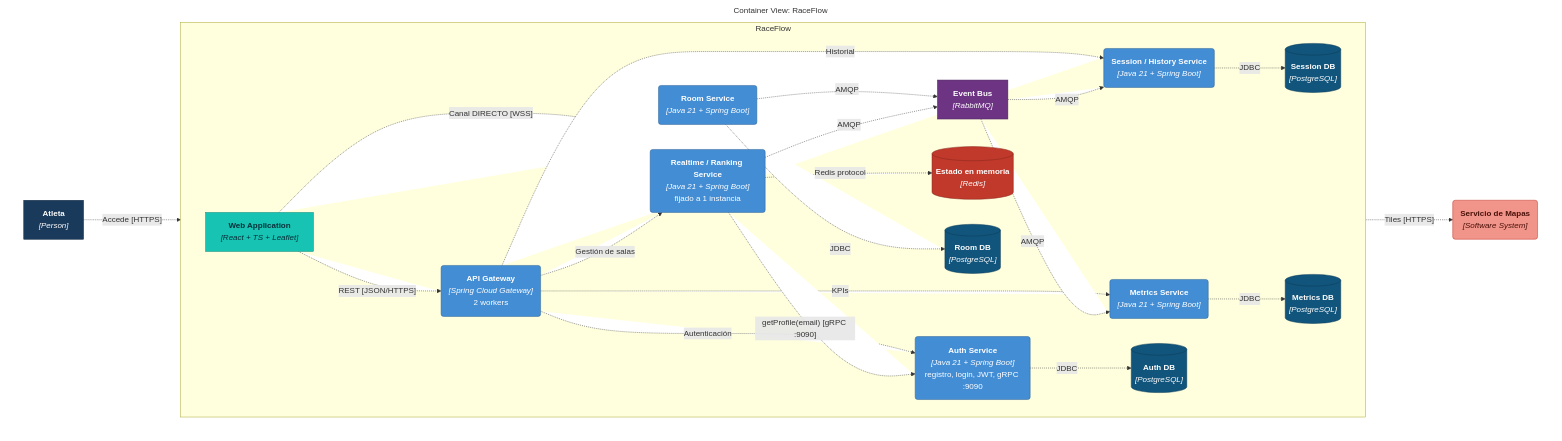
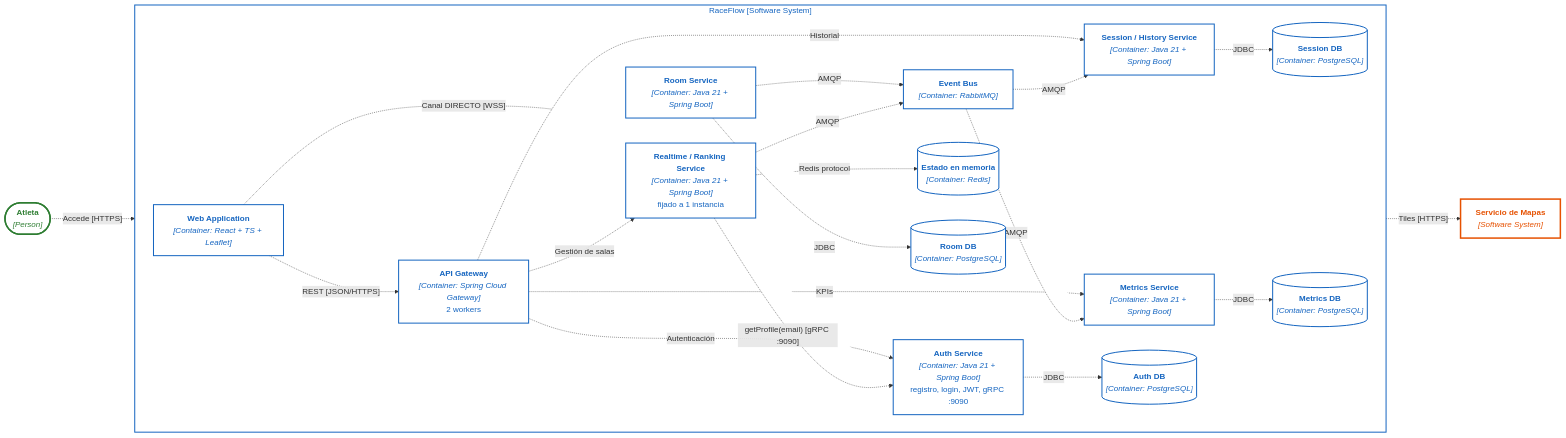
One commit to JuanGuayazanC/Proyecto-ARSW changed the diagram in docs/architecture/export/structurizr-Contenedores.mmd. Above: the diagram before and after it, drawn with Mermaid. The commit also changed 5 other files, not shown here.

First line of the commit message:
docs: restyle C4 diagrams to official notation (outline boxes, boundary box)

```diff
--- a/docs/architecture/export/structurizr-Contenedores.mmd
+++ b/docs/architecture/export/structurizr-Contenedores.mmd
@@ -1,61 +1,59 @@
 graph LR
   linkStyle default fill:#ffffff
 
-  subgraph diagram ["Container View: RaceFlow"]
+  1(["<b>Atleta</b><br/><i>[Person]</i>"])
+  style 1 fill:#ffffff,stroke:#2E7D32,stroke-width:3px,color:#2E7D32
+
+  2["<b>Servicio de Mapas</b><br/><i>[Software System]</i>"]
+  style 2 fill:#ffffff,stroke:#E65100,stroke-width:3px,color:#E65100
+
+  subgraph diagram ["RaceFlow [Software System]"]
     direction LR
-    style diagram fill:#ffffff,stroke:#ffffff
+    style diagram fill:#ffffff,stroke:#1565C0,stroke-width:2px,color:#1565C0
 
-    1["<b>Atleta</b><br/><i>[Person]</i>"]
-    style 1 fill:#1a3a5c,stroke:#122840,color:#ffffff
-    2("<b>Servicio de Mapas</b><br/><i>[Software System]</i>")
-    style 2 fill:#F1948A,stroke:#C0392B,color:#4a1109
+    5["<b>Web Application</b><br/><i>[Container: React + TS + Leaflet]</i>"]
+    style 5 fill:#ffffff,stroke:#1565C0,stroke-width:2px,color:#1565C0
+    6["<b>API Gateway</b><br/><i>[Container: Spring Cloud Gateway]</i><br/>2 workers"]
+    style 6 fill:#ffffff,stroke:#1565C0,stroke-width:2px,color:#1565C0
+    7["<b>Auth Service</b><br/><i>[Container: Java 21 + Spring Boot]</i><br/>registro, login, JWT, gRPC :9090"]
+    style 7 fill:#ffffff,stroke:#1565C0,stroke-width:2px,color:#1565C0
+    8["<b>Room Service</b><br/><i>[Container: Java 21 + Spring Boot]</i>"]
+    style 8 fill:#ffffff,stroke:#1565C0,stroke-width:2px,color:#1565C0
+    9["<b>Realtime / Ranking Service</b><br/><i>[Container: Java 21 + Spring Boot]</i><br/>fijado a 1 instancia"]
+    style 9 fill:#ffffff,stroke:#1565C0,stroke-width:2px,color:#1565C0
+    16["<b>Session / History Service</b><br/><i>[Container: Java 21 + Spring Boot]</i>"]
+    style 16 fill:#ffffff,stroke:#1565C0,stroke-width:2px,color:#1565C0
+    17["<b>Metrics Service</b><br/><i>[Container: Java 21 + Spring Boot]</i>"]
+    style 17 fill:#ffffff,stroke:#1565C0,stroke-width:2px,color:#1565C0
+    18["<b>Event Bus</b><br/><i>[Container: RabbitMQ]</i>"]
+    style 18 fill:#ffffff,stroke:#1565C0,stroke-width:2px,color:#1565C0
+    19[("<b>Estado en memoria</b><br/><i>[Container: Redis]</i>")]
+    style 19 fill:#ffffff,stroke:#1565C0,stroke-width:2px,color:#1565C0
+    20[("<b>Auth DB</b><br/><i>[Container: PostgreSQL]</i>")]
+    style 20 fill:#ffffff,stroke:#1565C0,stroke-width:2px,color:#1565C0
+    21[("<b>Room DB</b><br/><i>[Container: PostgreSQL]</i>")]
+    style 21 fill:#ffffff,stroke:#1565C0,stroke-width:2px,color:#1565C0
+    22[("<b>Session DB</b><br/><i>[Container: PostgreSQL]</i>")]
+    style 22 fill:#ffffff,stroke:#1565C0,stroke-width:2px,color:#1565C0
+    23[("<b>Metrics DB</b><br/><i>[Container: PostgreSQL]</i>")]
+    style 23 fill:#ffffff,stroke:#1565C0,stroke-width:2px,color:#1565C0
+  end
 
-    subgraph 4 ["RaceFlow"]
-      direction LR
-      5["<b>Web Application</b><br/><i>[React + TS + Leaflet]</i>"]
-      style 5 fill:#17c3b2,stroke:#10887c,color:#06303a
-      6("<b>API Gateway</b><br/><i>[Spring Cloud Gateway]</i><br/>2 workers")
-      style 6 fill:#438dd5,stroke:#2e6295,color:#ffffff
-      7("<b>Auth Service</b><br/><i>[Java 21 + Spring Boot]</i><br/>registro, login, JWT, gRPC :9090")
-      style 7 fill:#438dd5,stroke:#2e6295,color:#ffffff
-      8("<b>Room Service</b><br/><i>[Java 21 + Spring Boot]</i>")
-      style 8 fill:#438dd5,stroke:#2e6295,color:#ffffff
-      9("<b>Realtime / Ranking Service</b><br/><i>[Java 21 + Spring Boot]</i><br/>fijado a 1 instancia")
-      style 9 fill:#438dd5,stroke:#2e6295,color:#ffffff
-      16("<b>Session / History Service</b><br/><i>[Java 21 + Spring Boot]</i>")
-      style 16 fill:#438dd5,stroke:#2e6295,color:#ffffff
-      17("<b>Metrics Service</b><br/><i>[Java 21 + Spring Boot]</i>")
-      style 17 fill:#438dd5,stroke:#2e6295,color:#ffffff
-      18["<b>Event Bus</b><br/><i>[RabbitMQ]</i>"]
-      style 18 fill:#6c3483,stroke:#4b245b,color:#ffffff
-      19[("<b>Estado en memoria</b><br/><i>[Redis]</i>")]
-      style 19 fill:#c0392b,stroke:#86271e,color:#ffffff
-      20[("<b>Auth DB</b><br/><i>[PostgreSQL]</i>")]
-      style 20 fill:#12557c,stroke:#0c3b56,color:#ffffff
-      21[("<b>Room DB</b><br/><i>[PostgreSQL]</i>")]
-      style 21 fill:#12557c,stroke:#0c3b56,color:#ffffff
-      22[("<b>Session DB</b><br/><i>[PostgreSQL]</i>")]
-      style 22 fill:#12557c,stroke:#0c3b56,color:#ffffff
-      23[("<b>Metrics DB</b><br/><i>[PostgreSQL]</i>")]
-      style 23 fill:#12557c,stroke:#0c3b56,color:#ffffff
-    end
-
-    1 -. "Accede [HTTPS]" .-> 5
-    5 -. "Tiles [HTTPS]" .-> 2
-    5 -. "REST [JSON/HTTPS]" .-> 6
-    5 -. "Canal DIRECTO [WSS]" .-> 9
-    6 -. "Autenticación" .-> 7
-    6 -. "Gestión de salas" .-> 9
-    6 -. "Historial" .-> 16
-    6 -. "KPIs" .-> 17
-    9 -. "getProfile(email) [gRPC :9090]" .-> 7
-    9 -. "Redis protocol" .-> 19
-    7 -. "JDBC" .-> 20
-    8 -. "JDBC" .-> 21
-    16 -. "JDBC" .-> 22
-    17 -. "JDBC" .-> 23
-    8 -. "AMQP" .-> 18
-    9 -. "AMQP" .-> 18
-    18 -. "AMQP" .-> 16
-    18 -. "AMQP" .-> 17
-  end
+  1 -. "Accede [HTTPS]" .-> 5
+  5 -. "Tiles [HTTPS]" .-> 2
+  5 -. "REST [JSON/HTTPS]" .-> 6
+  5 -. "Canal DIRECTO [WSS]" .-> 9
+  6 -. "Autenticación" .-> 7
+  6 -. "Gestión de salas" .-> 9
+  6 -. "Historial" .-> 16
+  6 -. "KPIs" .-> 17
+  9 -. "getProfile(email) [gRPC :9090]" .-> 7
+  9 -. "Redis protocol" .-> 19
+  7 -. "JDBC" .-> 20
+  8 -. "JDBC" .-> 21
+  16 -. "JDBC" .-> 22
+  17 -. "JDBC" .-> 23
+  8 -. "AMQP" .-> 18
+  9 -. "AMQP" .-> 18
+  18 -. "AMQP" .-> 16
+  18 -. "AMQP" .-> 17
```
